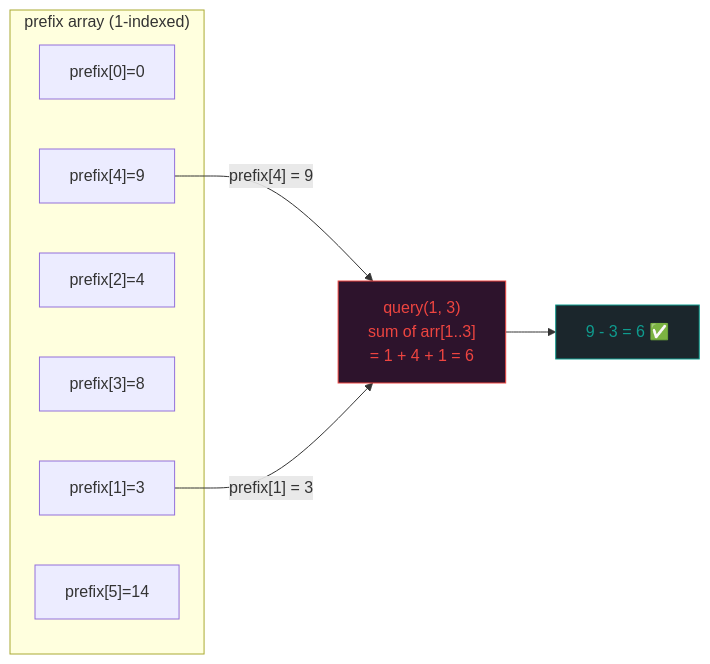
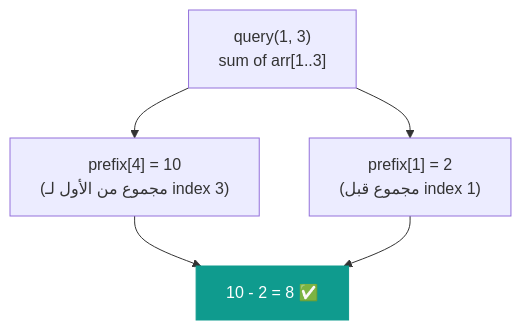
One commit to muhammad-khaled-tech/My-Study-Notes changed the second of 3 diagrams in problem solving/prefix_sum_tutorial.md. Above: the diagram before and after it, drawn with Mermaid. The commit also changed other lines of this file and 3 other files, not shown here.

````diff
--- a/problem solving/prefix_sum_tutorial.md
+++ b/problem solving/prefix_sum_tutorial.md
@@ -413,20 +410,14 @@
 ```mermaid
-graph LR
-    subgraph "prefix array (1-indexed)"
-        P0["prefix[0]=0"]
-        P1["prefix[1]=3"]
-        P2["prefix[2]=4"]
-        P3["prefix[3]=8"]
-        P4["prefix[4]=9"]
-        P5["prefix[5]=14"]
-    end
+graph TD
+    Q["query(1, 3)\nsum of arr[1..3]"]
+    P4["prefix[4] = 10\n(مجموع من الأول لـ index 3)"]
+    P1["prefix[1] = 2\n(مجموع قبل index 1)"]
+    R["10 - 2 = 8 ✅"]
 
-    Q["query(1, 3)\nsum of arr[1..3]\n= 1 + 4 + 1 = 6"]
+    Q --> P4
+    Q --> P1
+    P4 --> R
+    P1 --> R
 
-    P4 --"prefix[4] = 9"--> Q
-    P1 --"prefix[1] = 3"--> Q
-    Q --> R["9 - 3 = 6 ✅"]
-
-    style Q fill:#2d132c,color:#ee4540,stroke:#ee4540
-    style R fill:#1b262c,color:#0f9b8e,stroke:#0f9b8e
+    style R fill:#0f9b8e,color:#fff,stroke:#0f9b8e
 ```
````
